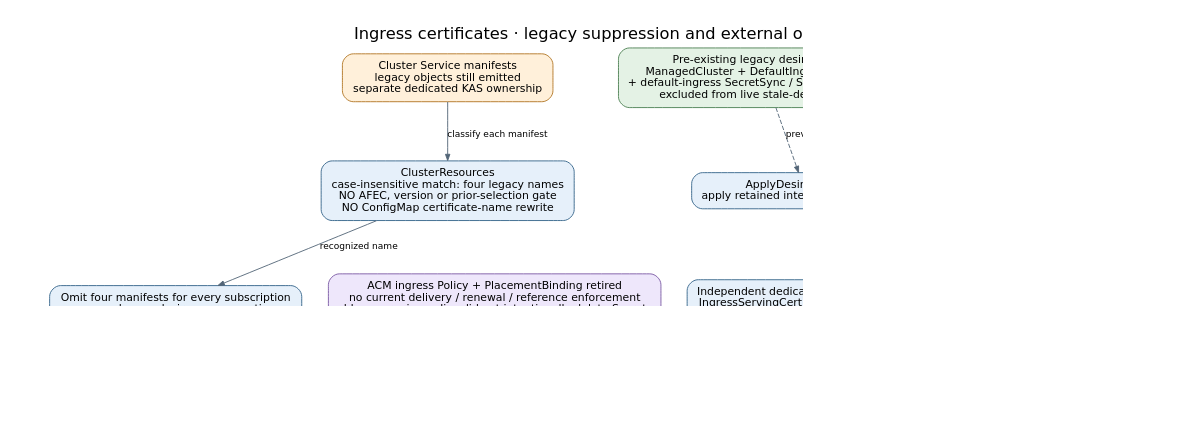
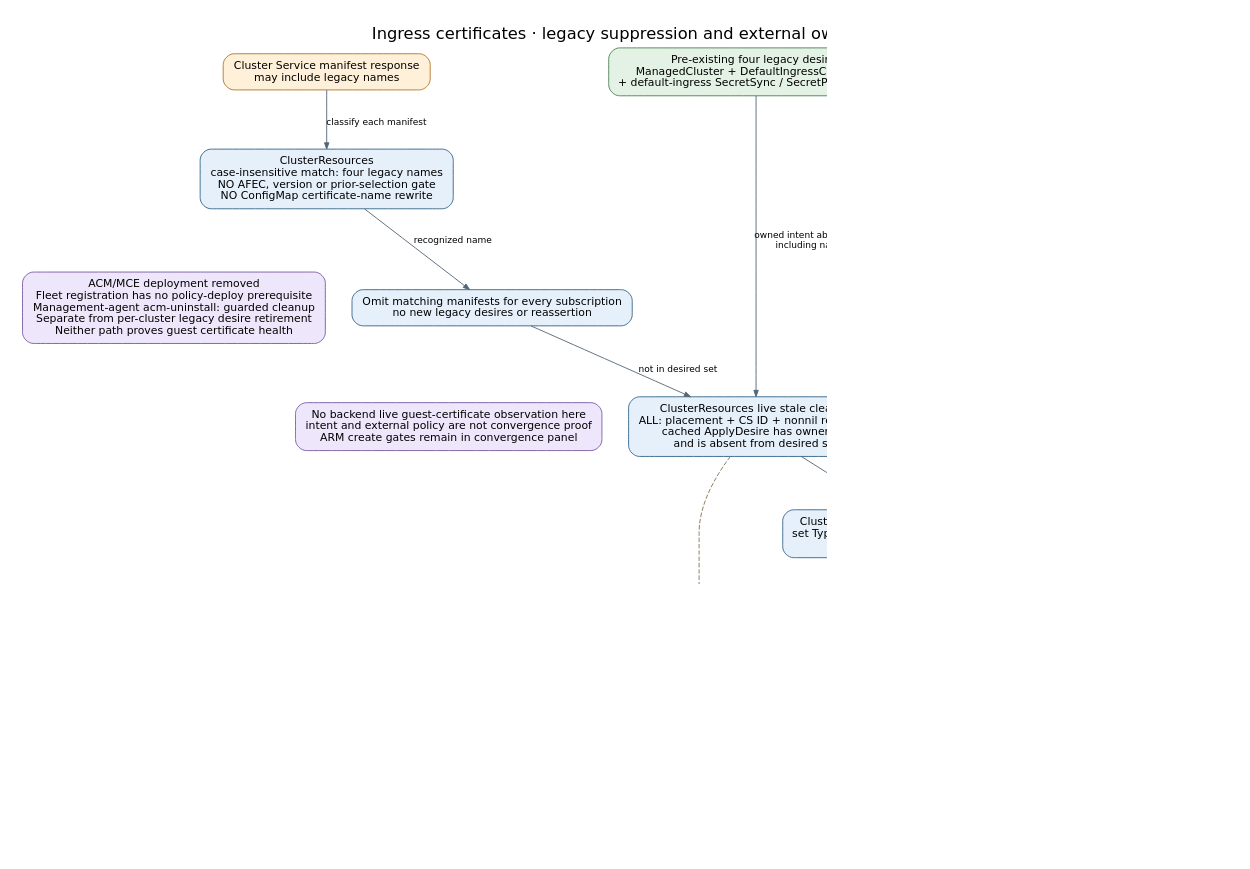
Before and after one commit to Azure/ARO-HCP: the diagram in docs/generated/diagrams/controller-flows/ingress-certificate-selection.dot, drawn with Graphviz. The commit also changed 48 other files, not shown here.

Commit message:
docs: sync the service-provider controller flow reference

```diff
--- a/docs/generated/diagrams/controller-flows/ingress-certificate-selection.dot
+++ b/docs/generated/diagrams/controller-flows/ingress-certificate-selection.dot
@@ -1,25 +1,34 @@
 digraph ingress_certificate_selection {
   graph [rankdir=TB, bgcolor="white", pad=0.3, nodesep=0.4, ranksep=0.65, fontname="DejaVu Sans", fontsize=18, labelloc=t, label="Ingress certificates · legacy suppression and external ownership", dpi=110];
   node [shape=box, style="rounded,filled", fillcolor="#e6f0fa", color="#35648a", fontname="DejaVu Sans", fontsize=12, margin="0.16,0.10"];
   edge [color="#536577", fontname="DejaVu Sans", fontsize=10, arrowsize=0.7];
-  manifests [label="Cluster Service manifests\nlegacy objects still emitted\nseparate dedicated KAS ownership", fillcolor="#fff0da", color="#b27624"];
+  manifests [label="Cluster Service manifest response\nmay include legacy names", fillcolor="#fff0da", color="#b27624"];
   gate [label="ClusterResources\ncase-insensitive match: four legacy names\nNO AFEC, version or prior-selection gate\nNO ConfigMap certificate-name rewrite"];
-  keep [label="Pre-existing legacy desires remain\nManagedCluster + DefaultIngressConfigMap\n+ default-ingress SecretSync / SecretProviderClass\nexcluded from live stale-desire cleanup", fillcolor="#e4f2e5", color="#4c8053"];
-  remove [label="Omit four manifests for every subscription\nno new legacy desires or reassertion"];
-  teardown [label="Whole-cluster deletion chain\nexplicit Delete intents + observed completion"];
-  apply [label="ApplyDesireController\napply retained intent / execute Delete"];
-  acm [label="ACM ingress Policy + PlacementBinding retired\nno current delivery / renewal / reference enforcement\nold non-pruning policy did not intentionally delete Secrets\nretained material is not proof of validity or renewal", fillcolor="#eee7fb", color="#7b59a4"];
+  existing [label="Pre-existing four legacy desires\nManagedCluster + DefaultIngressConfigMap\n+ default-ingress SecretSync / SecretProviderClass", fillcolor="#e4f2e5", color="#4c8053"];
+  remove [label="Omit matching manifests for every subscription\nno new legacy desires or reassertion"];
+  cleanup [label="ClusterResources live stale cleanup\nALL: placement + CS ID + nonnil resources\ncached ApplyDesire has owner tag\nand is absent from desired set"];
+  deleting [label="ClusterResources: EnsureApplyDesireRemoved\nset Type=Delete; clear apply payload / conditions\nwait for SuccessfullyDeleted=True"];
+  apply [label="ApplyDesireController\nGET target; DELETE if needed\npoll while deletion remains in flight"];
+  gone [label="Management-cluster target absent\nSuccessfullyDeleted=True", fillcolor="#fff0da", color="#b27624"];
+  purge [label="ClusterResources later reconcile\npurge confirmed ApplyDesire if present\ndelete paired read by scope + name, any tag", fillcolor="#e4f2e5", color="#4c8053"];
+  acm [label="ACM/MCE deployment removed\nFleet registration has no policy-deploy prerequisite\nManagement-agent acm-uninstall: guarded cleanup\nSeparate from per-cluster legacy desire retirement\nNeither path proves guest certificate health", fillcolor="#eee7fb", color="#7b59a4"];
   delivery [label="Independent dedicated ingress delivery\nIngressServingCertificateK8sResources\nsee serving-certificate panel"];
   native [label="Secret-sync delivers provider certificate\nin HostedCluster namespace\nexternal HyperShift/HCCO consumes it\nbackend filtering does not prove consumer health", fillcolor="#fff0da", color="#b27624"];
   note [label="No backend live guest-certificate observation here\nintent and external policy are not convergence proof\nARM create gates remain in convergence panel", fillcolor="#eee7fb", color="#7b59a4"];
   manifests -> gate [label="classify each manifest"];
   gate -> remove [label="recognized name"];
-  keep -> apply [label="previously stored intent", style=dashed];
-  teardown -> apply [label="Delete intents"];
-  apply -> teardown [label="confirmed deletion permits purge", style=dashed, color="#857456", constraint=false];
+  remove -> cleanup [label="not in desired set"];
+  existing -> cleanup [label="owned intent absent from desired set\nincluding names CS omitted"];
+  cleanup -> deleting [label="live ApplyDesire exists"];
+  cleanup -> purge [label="live ApplyDesire GET: NotFound", style=dashed, color="#857456"];
+  deleting -> apply [label="persisted Delete intent"];
+  apply -> gone [label="GET or racing DELETE returns NotFound"];
+  gone -> purge [label="observed deletion permits purge"];
+  apply -> apply [label="still exists: delayed retry", style=dashed, color="#857456"];
+  deleting:e -> cleanup:e [label="30s resync / retry", style=dashed, color="#857456", constraint=false];
   delivery -> native [label="separate SPC / SecretSync desires"];
-  { rank=same; manifests; keep; teardown; }
+  { rank=same; manifests; existing; }
   gate -> acm [style=invis];
   remove -> note [style=invis];
   apply -> delivery [style=invis];
 }
```
